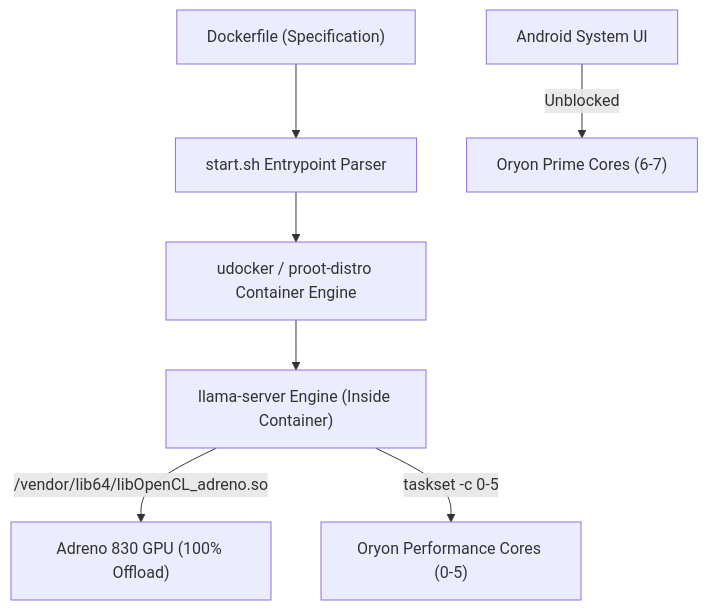
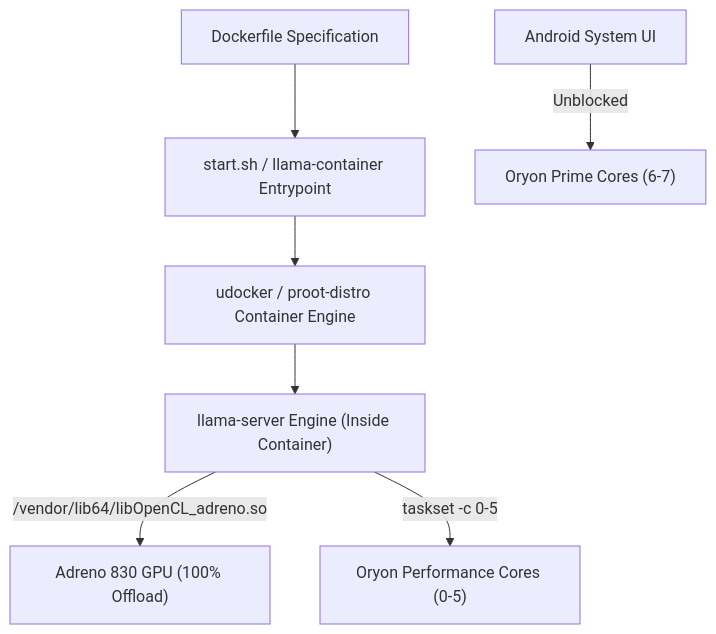
One commit to mateusoro/llama-android-container changed the diagram in README.md. Above: the diagram before and after it, drawn with Mermaid. The commit also changed other lines of this file and 1 other file, not shown here.

Commit message:
Modernize install.sh with 1-line curl installer and add global llama-container CLI command

````diff
--- a/README.md
+++ b/README.md
@@ -14,9 +30,9 @@
 ```mermaid
 graph TD
-    A["Dockerfile (Specification)"] --> B["start.sh Entrypoint Parser"]
+    A["Dockerfile Specification"] --> B["start.sh / llama-container Entrypoint"]
     B --> C["udocker / proot-distro Container Engine"]
     C --> D["llama-server Engine (Inside Container)"]
     D -->|"/vendor/lib64/libOpenCL_adreno.so"| E["Adreno 830 GPU (100% Offload)"]
     D -->|"taskset -c 0-5"| F["Oryon Performance Cores (0-5)"]
     G["Android System UI"] -->|Unblocked| H["Oryon Prime Cores (6-7)"]
 ```
````
